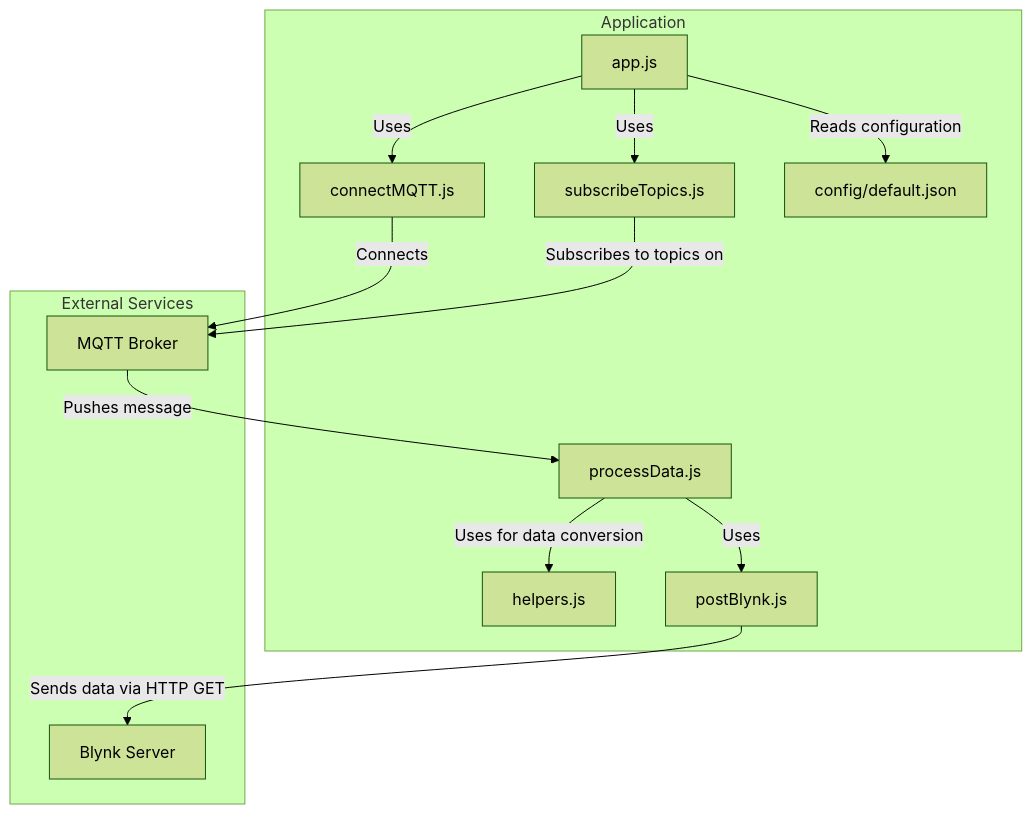
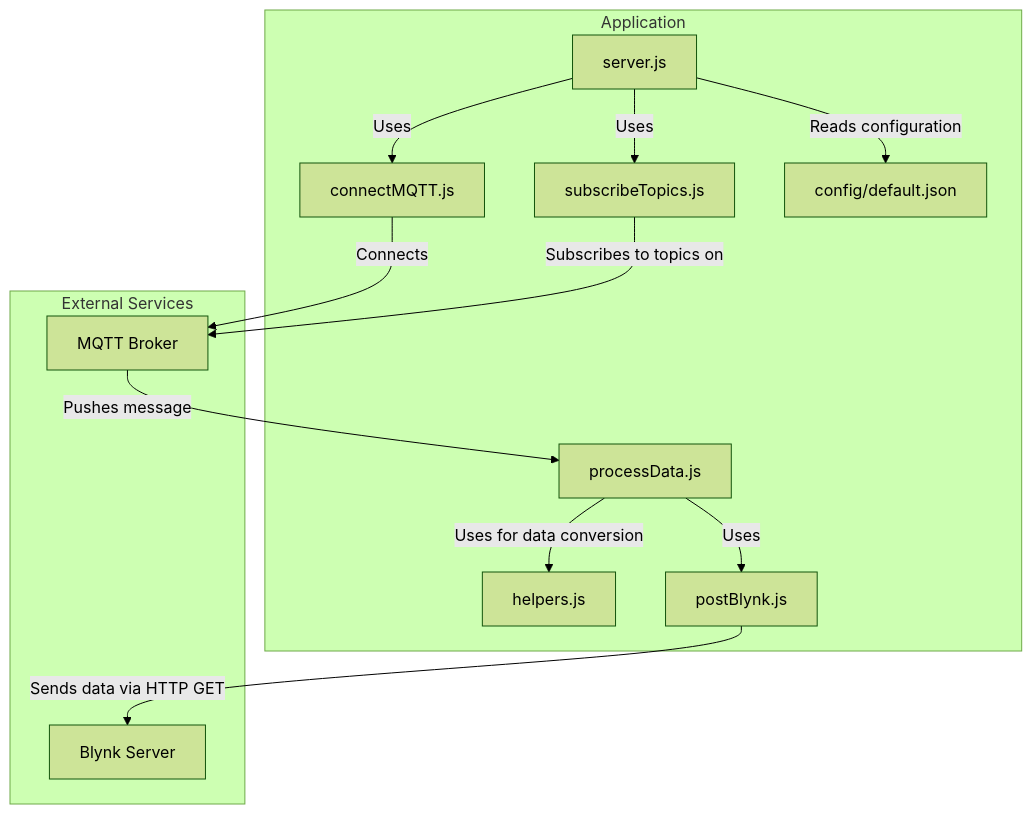
Before and after one commit to apider-coding/mqtt-to-blynk-weather: the diagram in README.md, drawn with Mermaid (forest theme). The commit also changed 5 other files, not shown here.

````diff
--- a/README.md
+++ b/README.md
@@ -13,27 +13,27 @@
 ```mermaid
 graph TD
     subgraph Application
-        A[app.js]
+        A[server.js]
         B[connectMQTT.js]
         C[subscribeTopics.js]
         D[processData.js]
         E[helpers.js]
         F[postBlynk.js]
         G[config/default.json]
     end
 
     subgraph External Services
         H[MQTT Broker]
         I[Blynk Server]
     end
 
     A -- Reads configuration --> G;
     A -- Uses --> B;
     B -- Connects --> H;
     A -- Uses --> C;
     C -- Subscribes to topics on --> H;
     H -- Pushes message --> D;
     D -- Uses for data conversion --> E;
     D -- Uses --> F;
     F -- Sends data via HTTP GET --> I;
 ```
````
